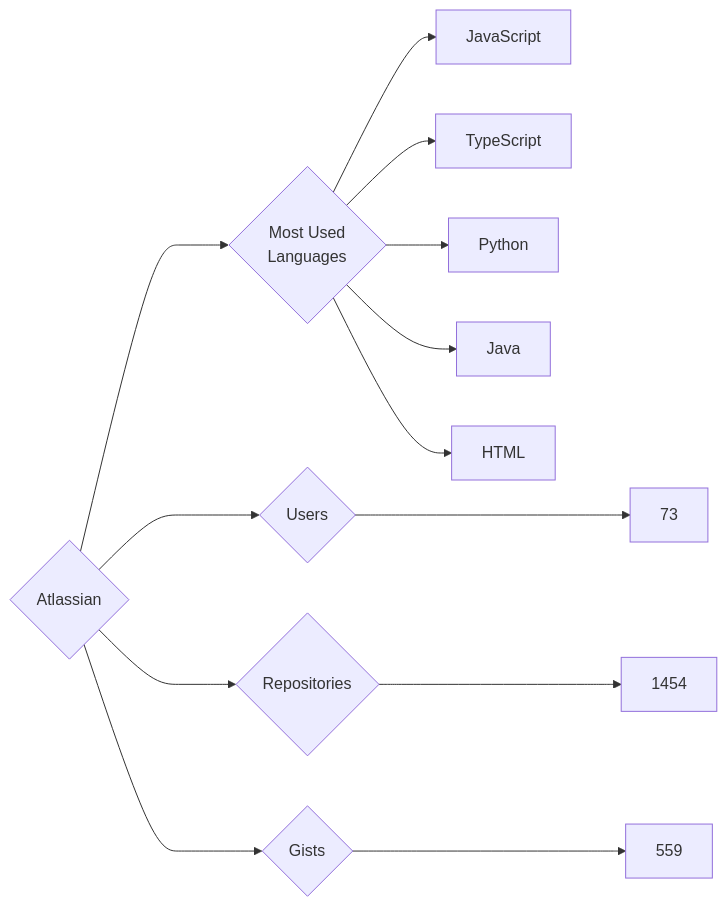
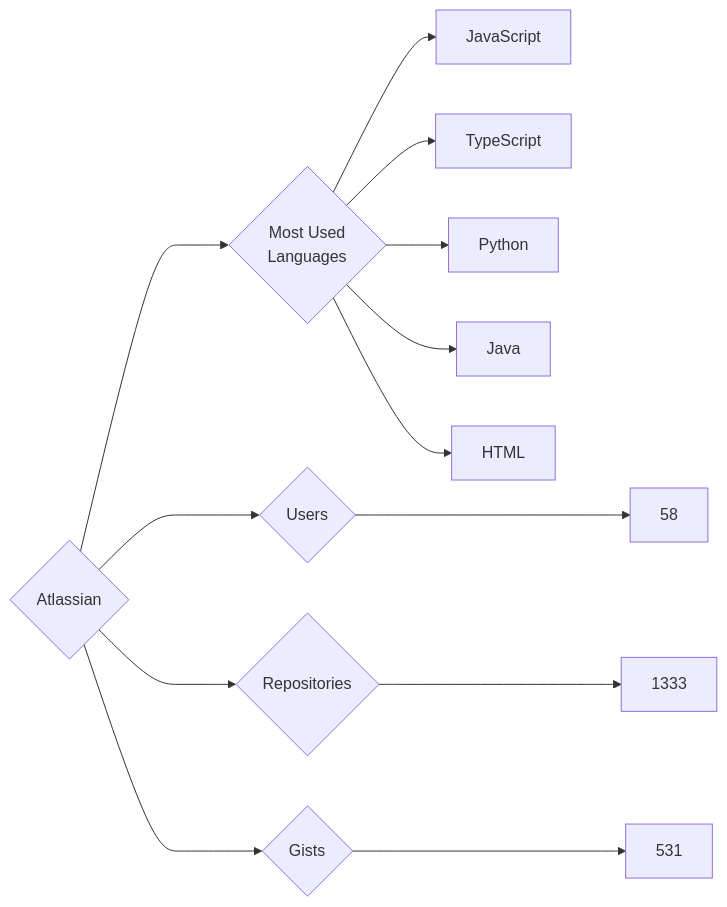
One commit to trickest/insiders changed the diagram in targets/Atlassian/README.md. Above: the diagram before and after it, drawn with Mermaid. The commit also changed 814 other files, not shown here.

````diff
--- a/targets/Atlassian/README.md
+++ b/targets/Atlassian/README.md
@@ -3,13 +3,13 @@
 ```mermaid
 graph LR
 COMPANY_NAME{Atlassian}
-COMPANY_NAME ---> U{Users} ---> UN[73]
-COMPANY_NAME ---> R{Repositories} ---> RN[1454]
-COMPANY_NAME ---> G{Gists} ---> GN[559]
+COMPANY_NAME ---> U{Users} ---> UN[58]
+COMPANY_NAME ---> R{Repositories} ---> RN[1333]
+COMPANY_NAME ---> G{Gists} ---> GN[531]
 COMPANY_NAME ---> ML{Most Used<br>Languages}
 ML --> JavaScript[JavaScript]
 ML --> TypeScript[TypeScript]
 ML --> Python[Python]
 ML --> Java[Java]
 ML --> HTML[HTML]
 ```
````
